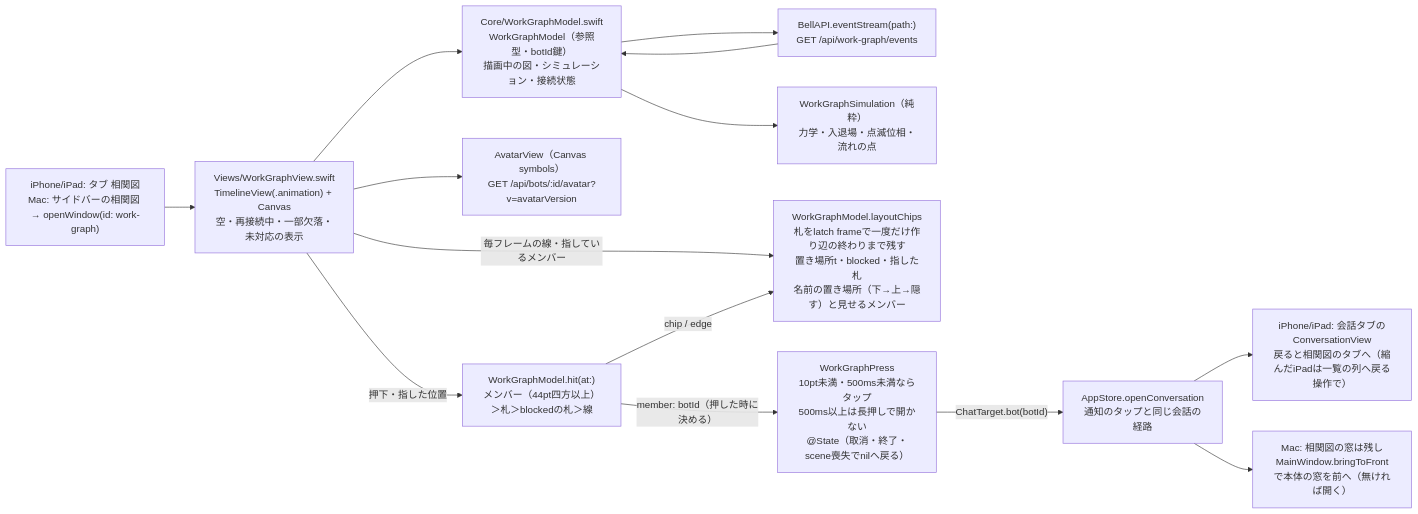
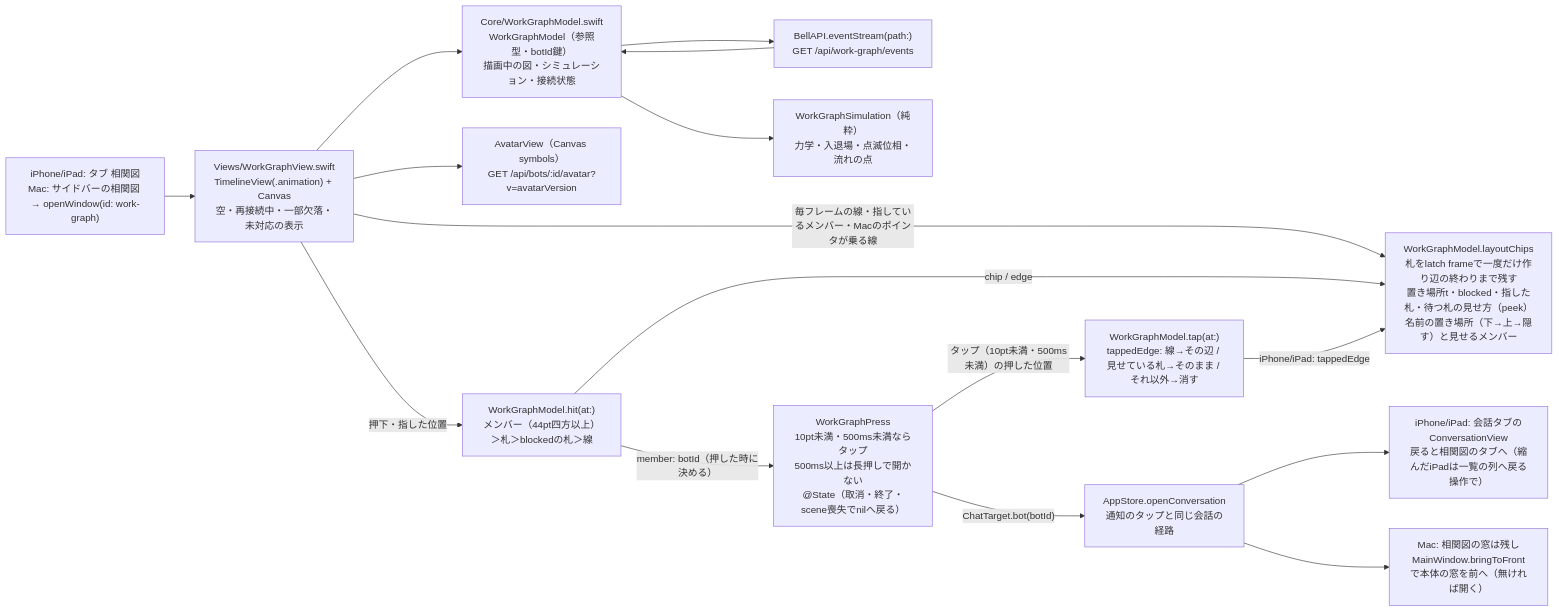
One commit to kitepon/BellTeam changed the diagram in docs/architecture/modules/apple/work-graph.md. Above: the diagram before and after it, drawn with Mermaid. The commit also changed other lines of this file and 3 other files, not shown here.

First line of the commit message:
Apple work graph: a tap on an edge line (hover on Mac) reveals a waiting chip

````diff
--- a/docs/architecture/modules/apple/work-graph.md
+++ b/docs/architecture/modules/apple/work-graph.md
@@ -7,16 +7,18 @@
 ```mermaid
 flowchart LR
   Nav["iPhone/iPad: タブ 相関図<br/>Mac: サイドバーの相関図 → openWindow(id: work-graph)"] --> View["Views/WorkGraphView.swift<br/>TimelineView(.animation) + Canvas<br/>空・再接続中・一部欠落・未対応の表示"]
   View --> Model["Core/WorkGraphModel.swift<br/>WorkGraphModel（参照型・botId鍵）<br/>描画中の図・シミュレーション・接続状態"]
   Model --> Stream["BellAPI.eventStream(path:)<br/>GET /api/work-graph/events"]
   Stream --> Model
   Model --> Sim["WorkGraphSimulation（純粋）<br/>力学・入退場・点滅位相・流れの点"]
   View --> Avatar["AvatarView（Canvas symbols）<br/>GET /api/bots/:id/avatar?v=avatarVersion"]
-  View -->|"毎フレームの線・指しているメンバー"| Chips["WorkGraphModel.layoutChips<br/>札をlatch frameで一度だけ作り辺の終わりまで残す<br/>置き場所t・blocked・指した札<br/>名前の置き場所（下→上→隠す）と見せるメンバー"]
+  View -->|"毎フレームの線・指しているメンバー・Macのポインタが乗る線"| Chips["WorkGraphModel.layoutChips<br/>札をlatch frameで一度だけ作り辺の終わりまで残す<br/>置き場所t・blocked・指した札・待つ札の見せ方（peek）<br/>名前の置き場所（下→上→隠す）と見せるメンバー"]
   View -->|"押下・指した位置"| Hit["WorkGraphModel.hit(at:)<br/>メンバー（44pt四方以上）＞札＞blockedの札＞線"]
   Hit -->|"member: botId（押した時に決める）"| Press["WorkGraphPress<br/>10pt未満・500ms未満ならタップ<br/>500ms以上は長押しで開かない<br/>@State（取消・終了・scene喪失でnilへ戻る）"]
   Hit -->|"chip / edge"| Chips
+  Press -->|"タップ（10pt未満・500ms未満）の押した位置"| Tap["WorkGraphModel.tap(at:)<br/>tappedEdge: 線→その辺 / 見せている札→そのまま / それ以外→消す"]
+  Tap -->|"iPhone/iPad: tappedEdge"| Chips
   Press -->|"ChatTarget.bot(botId)"| Route["AppStore.openConversation<br/>通知のタップと同じ会話の経路"]
   Route --> Chat["iPhone/iPad: 会話タブのConversationView<br/>戻ると相関図のタブへ（縮んだiPadは一覧の列へ戻る操作で）"]
   Route --> Main["Mac: 相関図の窓は残し<br/>MainWindow.bringToFrontで本体の窓を前へ（無ければ開く）"]
 ```
````
